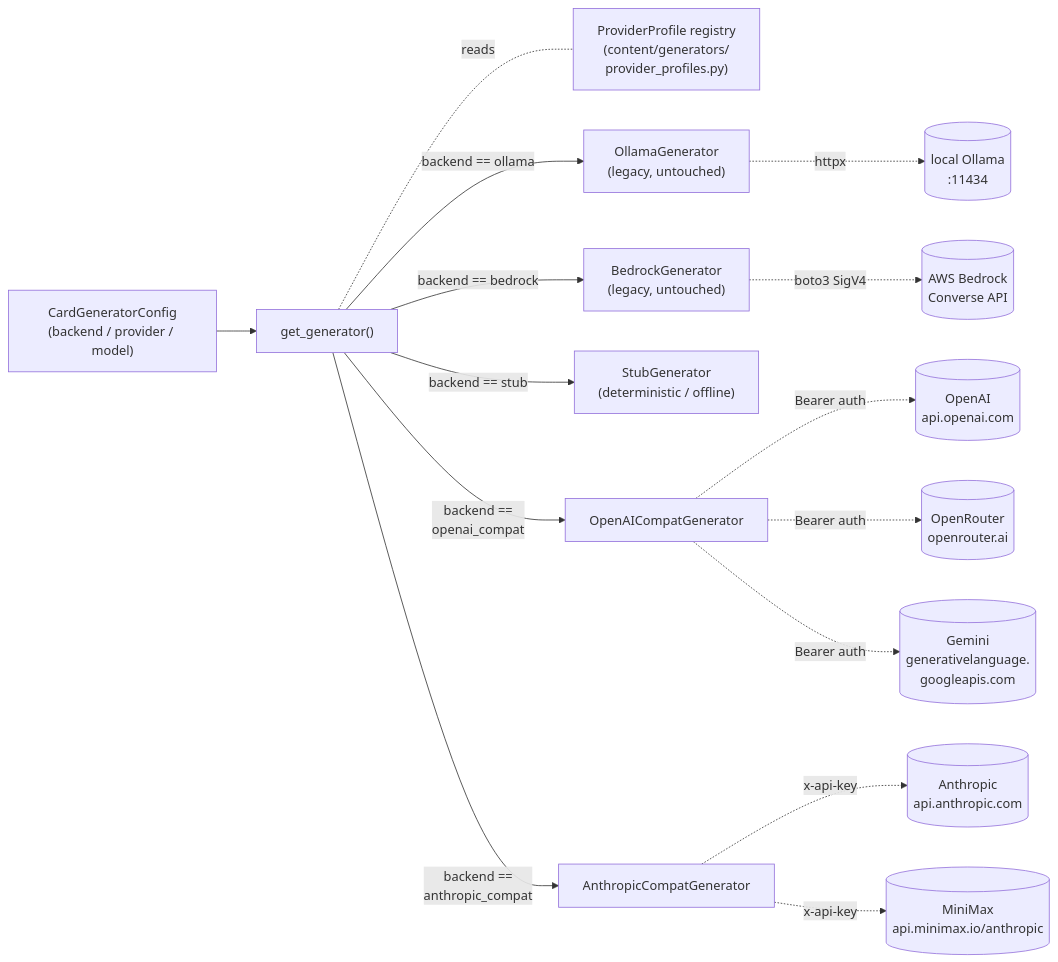
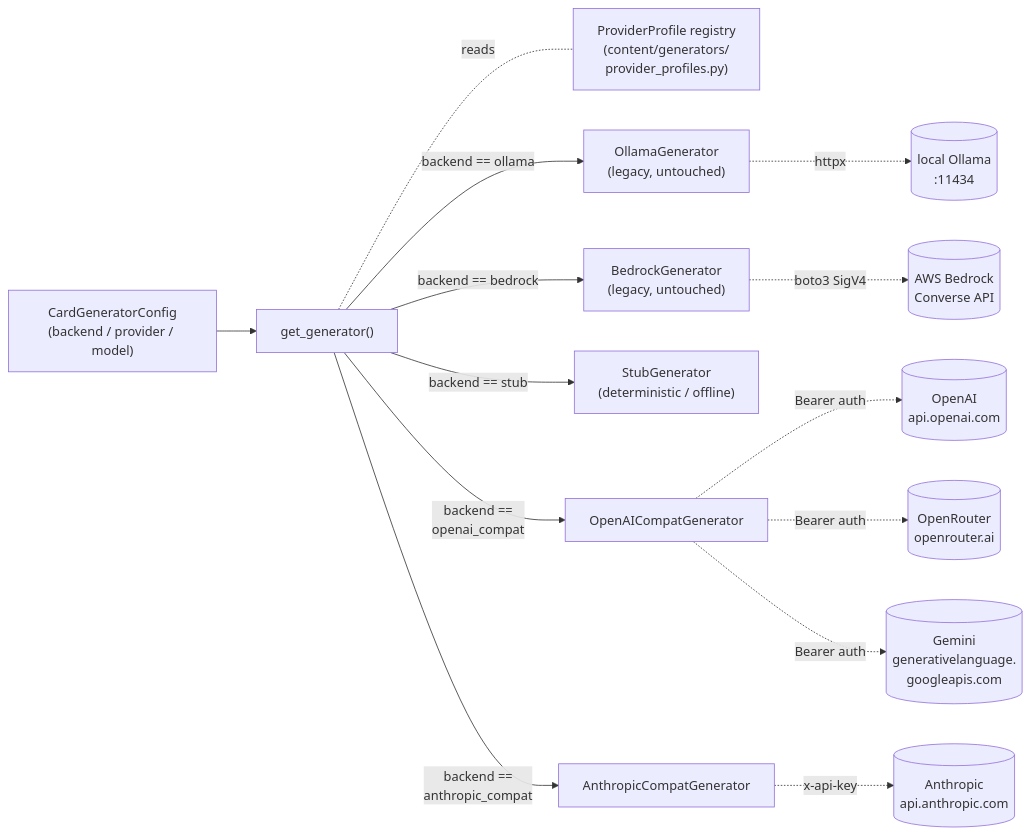
Before and after one commit to NetDevAutomate/StudyLoop: the second of 3 diagrams in docs/content-pipeline.md, drawn with Mermaid. The commit also changed other lines of this file and 17 other files, not shown here.

````diff
--- a/docs/content-pipeline.md
+++ b/docs/content-pipeline.md
@@ -47,24 +47,23 @@
 ```mermaid
 flowchart LR
     Cfg["CardGeneratorConfig<br/>(backend / provider / model)"]
     Factory["get_generator()"]
     Reg["ProviderProfile registry<br/>(content/generators/<br/>provider_profiles.py)"]
 
     Cfg --> Factory
     Factory -->|"backend == ollama"| Ollama["OllamaGenerator<br/>(legacy, untouched)"]
     Factory -->|"backend == bedrock"| Bedrock["BedrockGenerator<br/>(legacy, untouched)"]
     Factory -->|"backend == stub"| Stub["StubGenerator<br/>(deterministic / offline)"]
     Factory -->|"backend ==<br/>openai_compat"| OAA["OpenAICompatGenerator"]
     Factory -->|"backend ==<br/>anthropic_compat"| AAA["AnthropicCompatGenerator"]
 
     Factory -.reads.- Reg
 
     OAA -.->|"Bearer auth"| OAI[("OpenAI<br/>api.openai.com")]
     OAA -.->|"Bearer auth"| OR[("OpenRouter<br/>openrouter.ai")]
     OAA -.->|"Bearer auth"| GEM[("Gemini<br/>generativelanguage.<br/>googleapis.com")]
     AAA -.->|"x-api-key"| ANT[("Anthropic<br/>api.anthropic.com")]
-    AAA -.->|"x-api-key"| MM[("MiniMax<br/>api.minimax.io/anthropic")]
 
     Ollama -.->|httpx| OllamaHost[("local Ollama<br/>:11434")]
     Bedrock -.->|boto3 SigV4| BedrockHost[("AWS Bedrock<br/>Converse API")]
 ```
````
